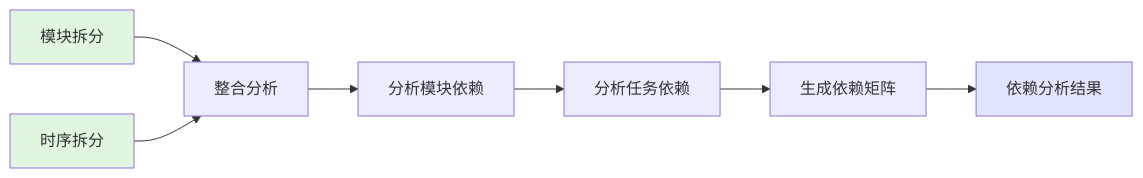
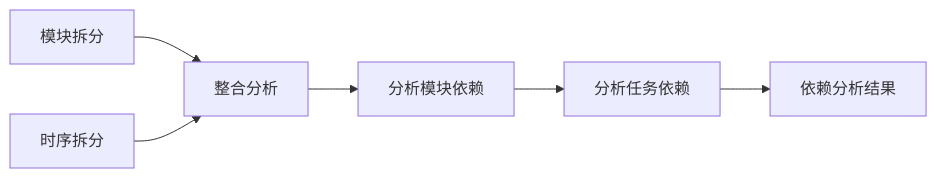
Before and after one commit to JIA-ss/agents: the seventh of 10 diagrams in agents/task-planner.md, drawn with Mermaid. The commit also changed other lines of this file, not shown here.

First line of the commit message:
docs: refactor task-planner with visualization-first methodology

````diff
--- a/agents/task-planner.md
+++ b/agents/task-planner.md
@@ -219,13 +204,8 @@
 ```mermaid
 flowchart LR
     Input1[模块拆分] --> Merge[整合分析]
     Input2[时序拆分] --> Merge
     Merge --> ModuleDep[分析模块依赖]
     ModuleDep --> TaskDep[分析任务依赖]
-    TaskDep --> Matrix[生成依赖矩阵]
-    Matrix --> Output[依赖分析结果]
-
-    style Input1 fill:#e1f5e1
-    style Input2 fill:#e1f5e1
-    style Output fill:#e1e5ff
+    TaskDep --> Output[依赖分析结果]
 ```
````
